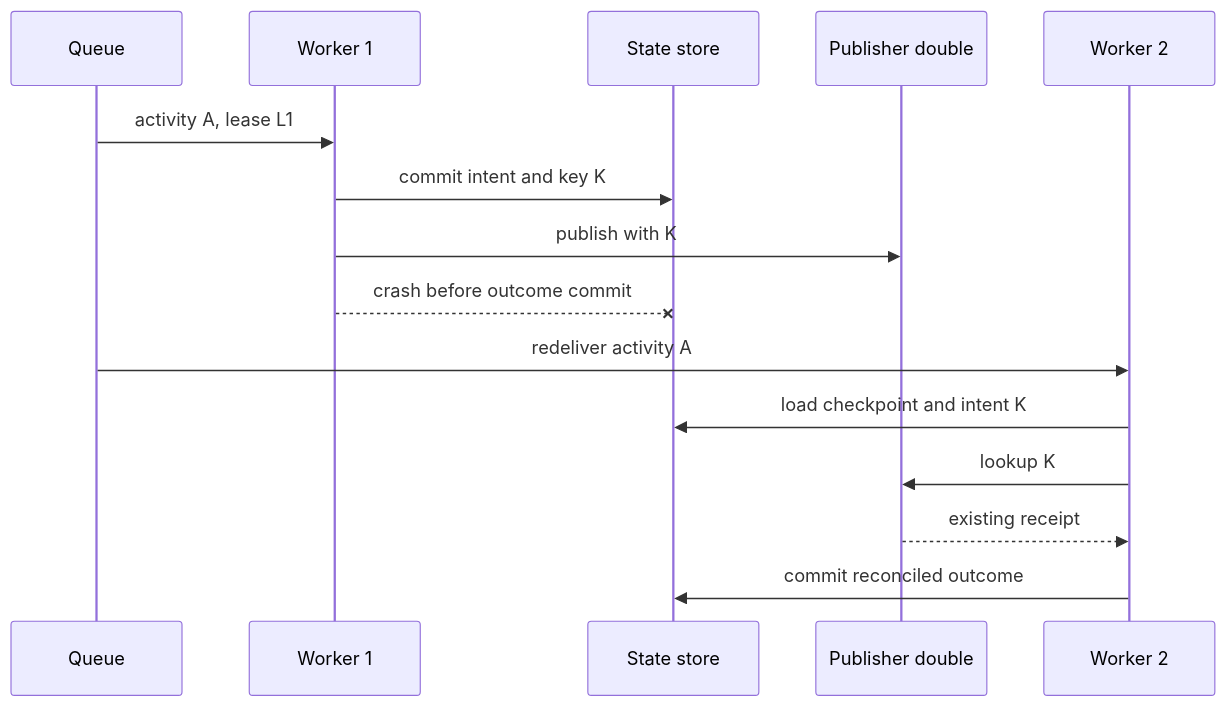
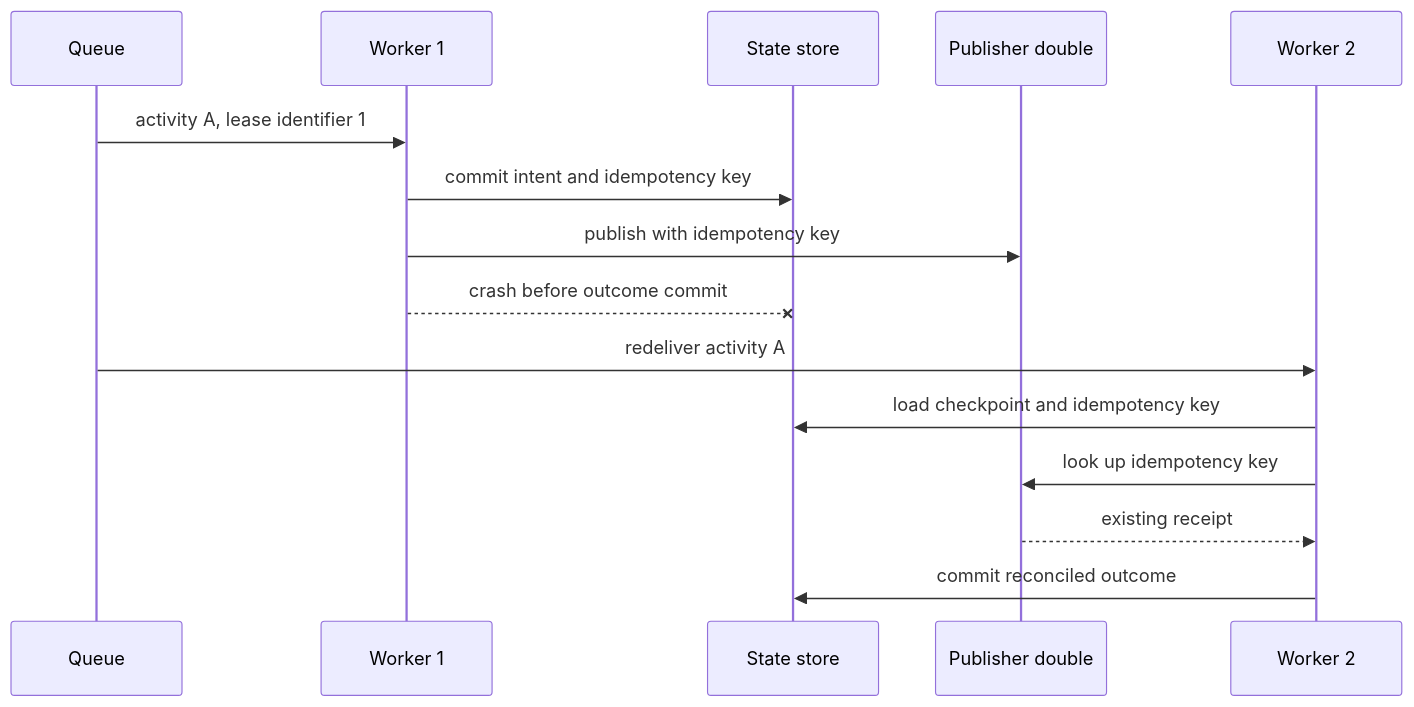
One commit to VikrantSingh01/Agentic_System_Design changed the third of 4 diagrams in modules/04-reasoning-workflows-collaboration/chapters/16-durable-execution.md. Above: the diagram before and after it, drawn with Mermaid. The commit also changed other lines of this file and 2 other files, not shown here.

Commit message:
Improve Module 4 diagram accessibility

````diff
--- a/modules/04-reasoning-workflows-collaboration/chapters/16-durable-execution.md
+++ b/modules/04-reasoning-workflows-collaboration/chapters/16-durable-execution.md
@@ -69,17 +86,17 @@
 ```mermaid
 sequenceDiagram
     participant Q as Queue
     participant W1 as Worker 1
     participant S as State store
     participant P as Publisher double
     participant W2 as Worker 2
-    Q->>W1: activity A, lease L1
-    W1->>S: commit intent and key K
-    W1->>P: publish with K
+    Q->>W1: activity A, lease identifier 1
+    W1->>S: commit intent and idempotency key
+    W1->>P: publish with idempotency key
     W1--xS: crash before outcome commit
     Q->>W2: redeliver activity A
-    W2->>S: load checkpoint and intent K
-    W2->>P: lookup K
+    W2->>S: load checkpoint and idempotency key
+    W2->>P: look up idempotency key
     P-->>W2: existing receipt
     W2->>S: commit reconciled outcome
 ```
````
